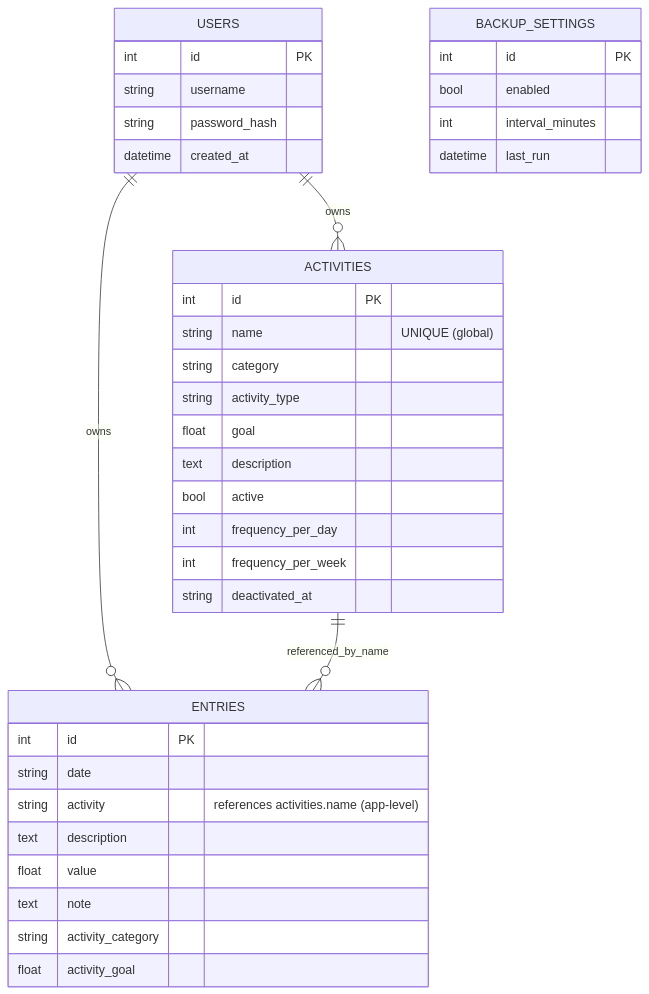
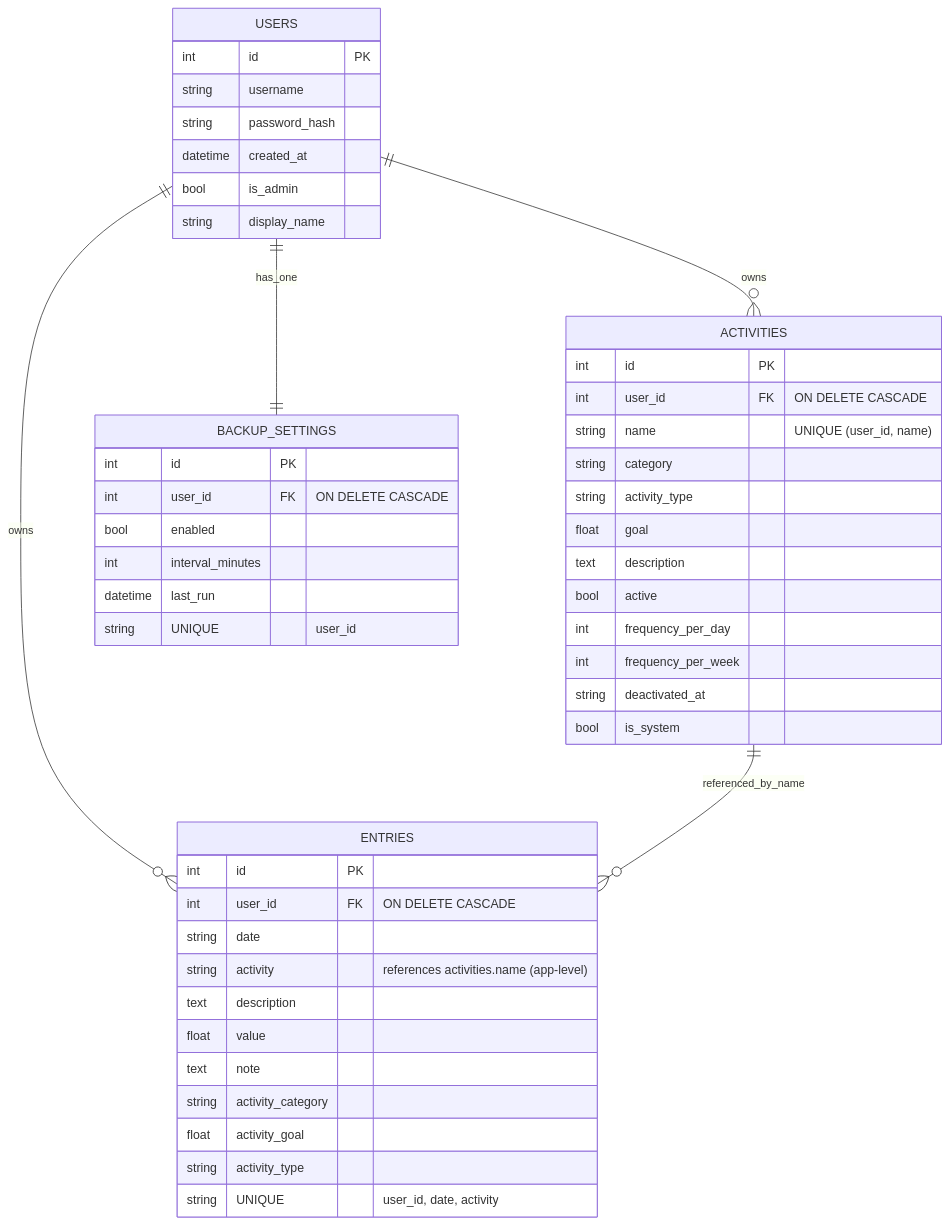
Before and after one commit to janrihamasek/mosaic: the diagram in docs/database/erd.md, drawn with Mermaid. The commit also changed other lines of this file and 5 other files, not shown here.

Commit message:
Enhance user data isolation: update database schema to include user-specific foreign keys and unique constraints for activities, entries, and backup settings; add tests for multi-user scenarios and data import/export functionality.

````diff
--- a/docs/database/erd.md
+++ b/docs/database/erd.md
@@ -3,44 +3,54 @@
 ```mermaid
 erDiagram
     USERS ||--o{ ACTIVITIES : owns
     USERS ||--o{ ENTRIES : owns
+    USERS ||--|| BACKUP_SETTINGS : has_one
     ACTIVITIES ||--o{ ENTRIES : referenced_by_name
 
     USERS {
       int id PK
       string username
       string password_hash
       datetime created_at
+      bool is_admin
+      string display_name
     }
 
     ACTIVITIES {
       int id PK
-      string name "UNIQUE (global)"
+      int user_id FK "ON DELETE CASCADE"
+      string name "UNIQUE (user_id, name)"
       string category
       string activity_type
       float goal
       text description
       bool active
       int frequency_per_day
       int frequency_per_week
       string deactivated_at
+      bool is_system
     }
 
     ENTRIES {
       int id PK
+      int user_id FK "ON DELETE CASCADE"
       string date
       string activity "references activities.name (app-level)"
       text description
       float value
       text note
       string activity_category
       float activity_goal
+      string activity_type
+      string UNIQUE "user_id, date, activity"
     }
 
     BACKUP_SETTINGS {
       int id PK
+      int user_id FK "ON DELETE CASCADE"
       bool enabled
       int interval_minutes
       datetime last_run
+      string UNIQUE "user_id"
     }
 ```
````
